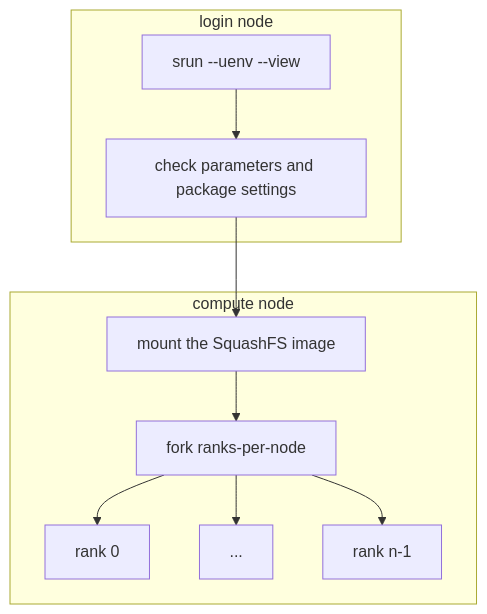
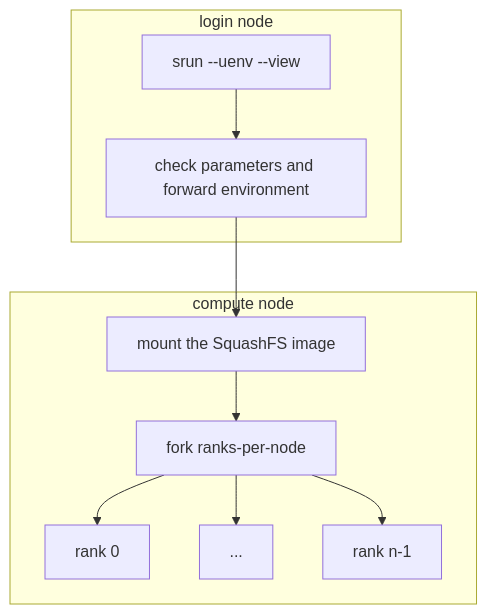
Before and after one commit to bcumming/uenv-webinar-2025: the diagram in slides.md, drawn with Mermaid. The commit also changed other lines of this file, not shown here.

````diff
--- a/slides.md
+++ b/slides.md
@@ -278,13 +306,13 @@
 ```mermaid {scale:0.8}
 graph TB
     subgraph login node
-    srun[srun --uenv --view] --> B[check parameters and package settings]
+    srun[srun --uenv --view] --> B[check parameters and forward environment]
     end
     B --> C
     subgraph compute node
     C[mount the SquashFS image] --> D[fork ranks-per-node]
     D --> E[rank 0]
     D --> F[...]
     D --> G[rank n-1]
     end
 ```
````
